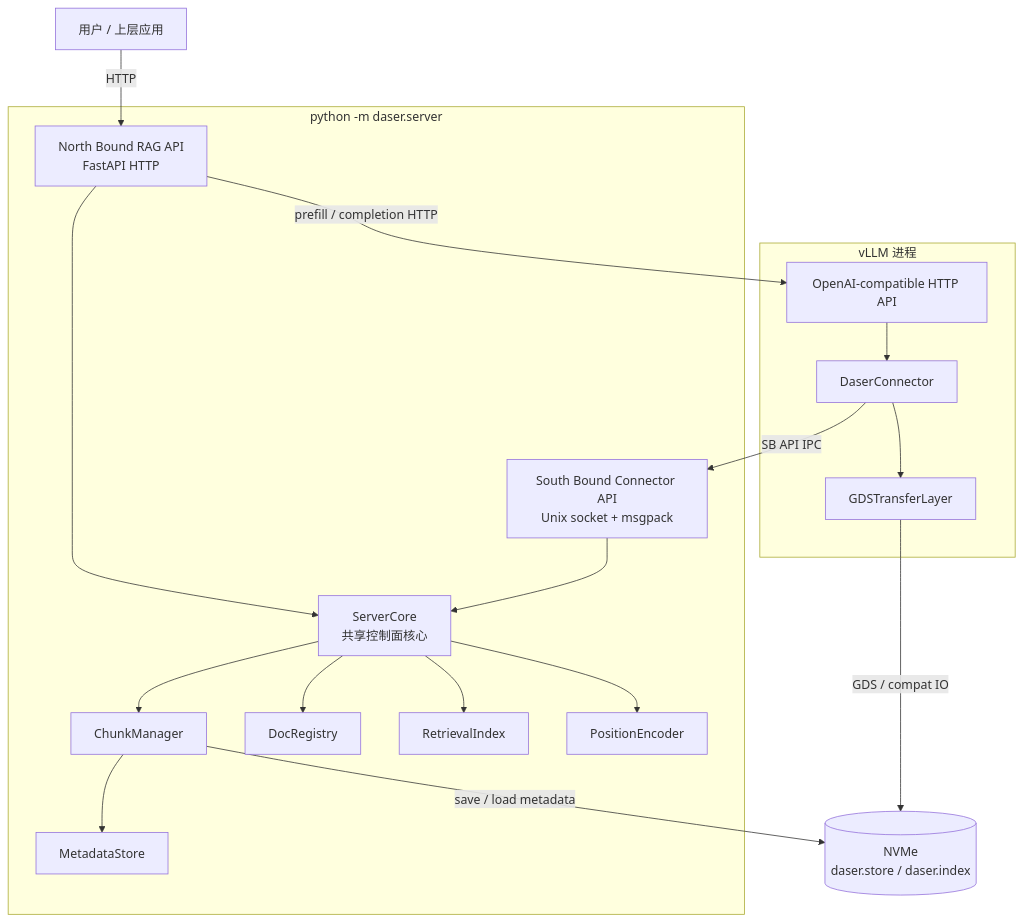
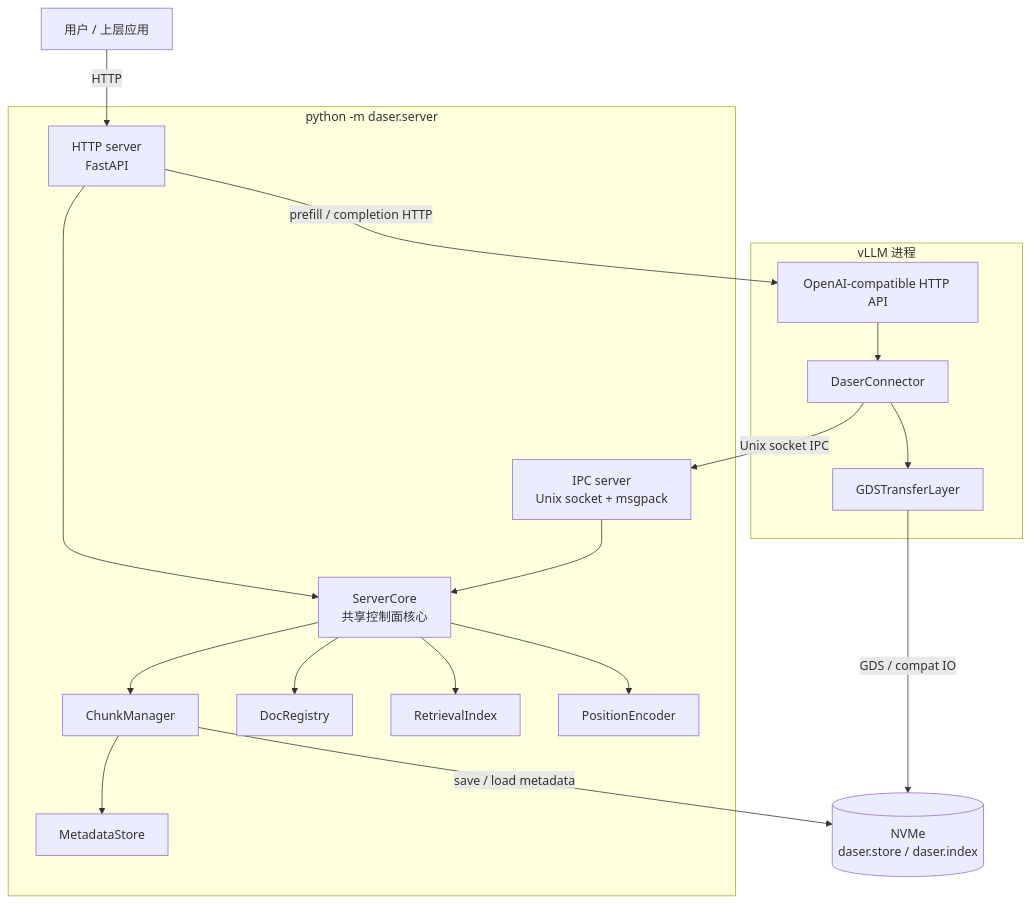
One commit to GentleCold/DaseR changed the first of 3 diagrams in docs/design/serve.md. Above: the diagram before and after it, drawn with Mermaid. The commit also changed other lines of this file and 27 other files, not shown here.

````diff
--- a/docs/design/serve.md
+++ b/docs/design/serve.md
@@ -29,39 +29,39 @@
 ```mermaid
 graph TB
     User["用户 / 上层应用"]
 
     subgraph server["python -m daser.server"]
-        NB["North Bound RAG API<br/>FastAPI HTTP"]
+        HTTP["HTTP server<br/>FastAPI"]
         CORE["ServerCore<br/>共享控制面核心"]
-        SB["South Bound Connector API<br/>Unix socket + msgpack"]
+        IPC["IPC server<br/>Unix socket + msgpack"]
         CM["ChunkManager"]
         MS["MetadataStore"]
         DR["DocRegistry"]
         RI["RetrievalIndex"]
         PE["PositionEncoder"]
 
-        NB --> CORE
-        SB --> CORE
+        HTTP --> CORE
+        IPC --> CORE
         CORE --> CM
         CORE --> DR
         CORE --> RI
         CORE --> PE
         CM --> MS
     end
 
     subgraph vllm["vLLM 进程"]
         VAPI["OpenAI-compatible HTTP API"]
         DC["DaserConnector"]
         GDS["GDSTransferLayer"]
         VAPI --> DC
         DC --> GDS
     end
 
     NVMe[("NVMe<br/>daser.store / daser.index")]
 
-    User -- "HTTP" --> NB
-    NB -- "prefill / completion HTTP" --> VAPI
-    DC -- "SB API IPC" --> SB
+    User -- "HTTP" --> HTTP
+    HTTP -- "prefill / completion HTTP" --> VAPI
+    DC -- "Unix socket IPC" --> IPC
     GDS -- "GDS / compat IO" --> NVMe
     CM -- "save / load metadata" --> NVMe
 ```
````
